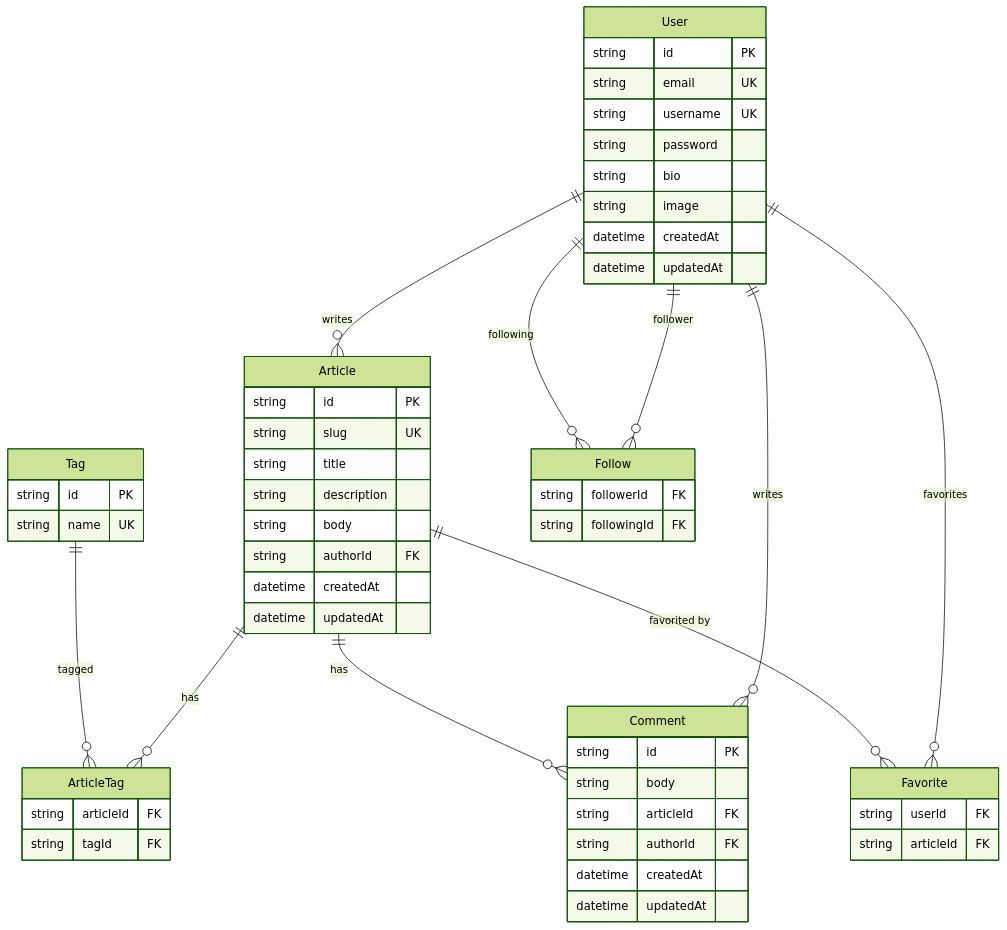
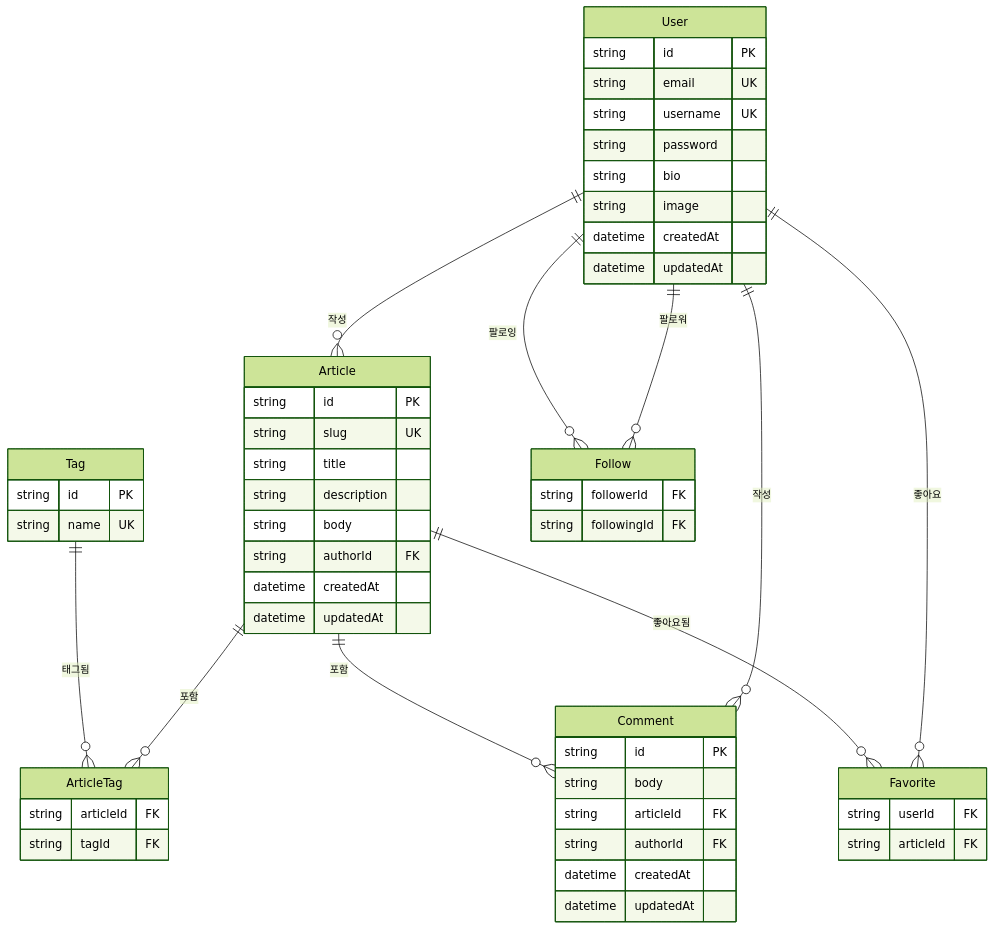
Before and after one commit to serithemage/claude-code-demo: the fourth of 6 diagrams in docs/Architecture.md, drawn with Mermaid (forest theme). The commit also changed other lines of this file and 61 other files, not shown here.

````diff
--- a/docs/Architecture.md
+++ b/docs/Architecture.md
@@ -204,63 +204,63 @@
 ```mermaid
 erDiagram
     User {
         string id PK
         string email UK
         string username UK
         string password
         string bio
         string image
         datetime createdAt
         datetime updatedAt
     }
 
     Article {
         string id PK
         string slug UK
         string title
         string description
         string body
         string authorId FK
         datetime createdAt
         datetime updatedAt
     }
 
     Tag {
         string id PK
         string name UK
     }
 
     ArticleTag {
         string articleId FK
         string tagId FK
     }
 
     Comment {
         string id PK
         string body
         string articleId FK
         string authorId FK
         datetime createdAt
         datetime updatedAt
     }
 
     Follow {
         string followerId FK
         string followingId FK
     }
 
     Favorite {
         string userId FK
         string articleId FK
     }
 
-    User ||--o{ Article : "writes"
-    User ||--o{ Comment : "writes"
-    User ||--o{ Favorite : "favorites"
-    User ||--o{ Follow : "follower"
-    User ||--o{ Follow : "following"
-    Article ||--o{ Comment : "has"
-    Article ||--o{ ArticleTag : "has"
-    Article ||--o{ Favorite : "favorited by"
-    Tag ||--o{ ArticleTag : "tagged"
+    User ||--o{ Article : "작성"
+    User ||--o{ Comment : "작성"
+    User ||--o{ Favorite : "좋아요"
+    User ||--o{ Follow : "팔로워"
+    User ||--o{ Follow : "팔로잉"
+    Article ||--o{ Comment : "포함"
+    Article ||--o{ ArticleTag : "포함"
+    Article ||--o{ Favorite : "좋아요됨"
+    Tag ||--o{ ArticleTag : "태그됨"
 ```
````
